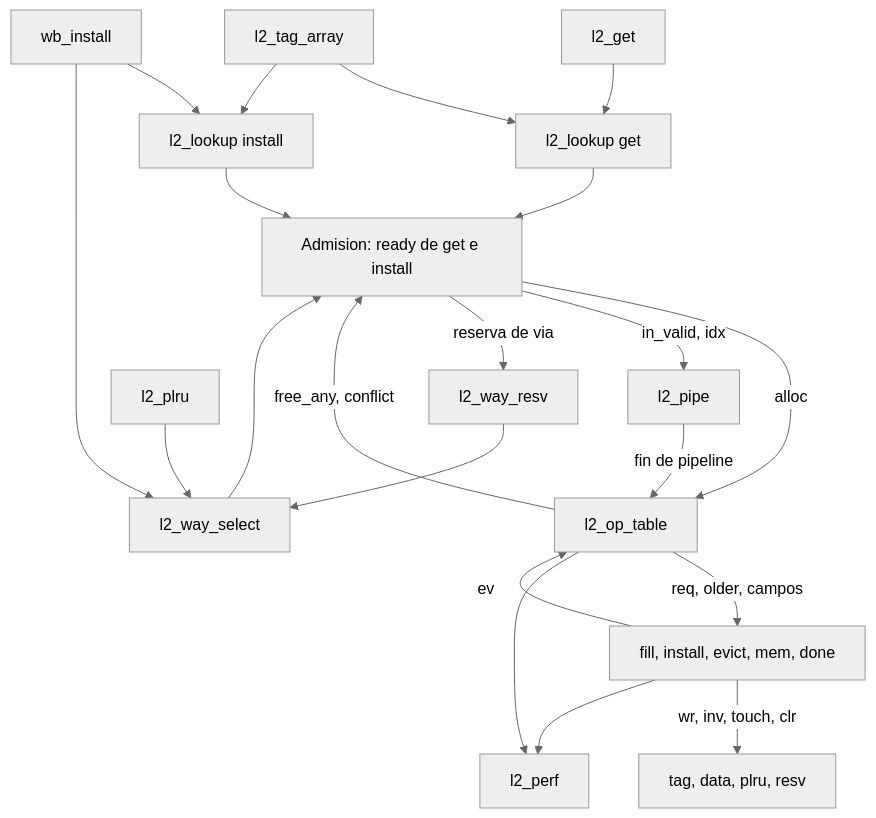
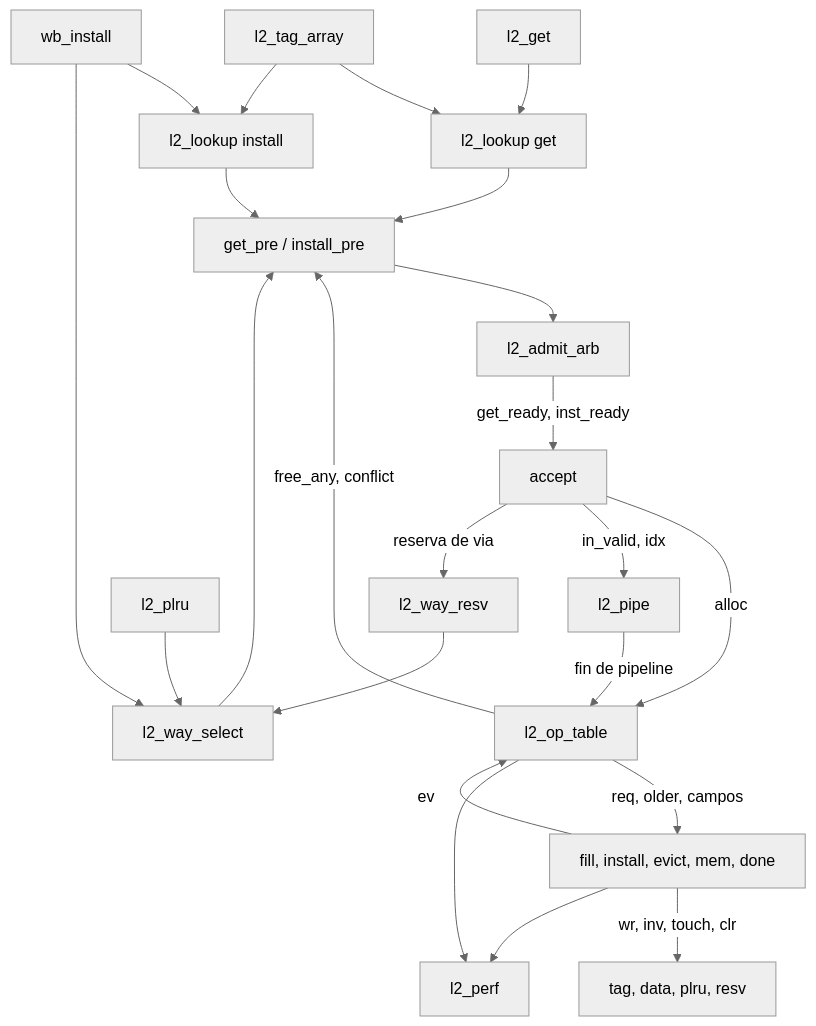
Before and after one commit to luisfeliTEC-0603/PORYGON: the first of 21 diagrams in docs/ii-proyecto/cache_l2.md, drawn with Mermaid (neutral theme). The commit also changed other lines of this file, not shown here.

````diff
--- a/docs/ii-proyecto/cache_l2.md
+++ b/docs/ii-proyecto/cache_l2.md
@@ -65,23 +68,25 @@
 ```mermaid
 flowchart TB
   GET[l2_get] --> LKG[l2_lookup get]
   INS[wb_install] --> LKI[l2_lookup install]
   INS --> WS[l2_way_select]
   TAGS[l2_tag_array] --> LKG
   TAGS --> LKI
   RESV[l2_way_resv] --> WS
   PLRU[l2_plru] --> WS
-  LKG --> ADM[Admision: ready de get e install]
-  LKI --> ADM
-  WS --> ADM
-  TAB[l2_op_table] -->|free_any, conflict| ADM
-  ADM -->|alloc| TAB
-  ADM -->|in_valid, idx| PIPE[l2_pipe]
-  ADM -->|reserva de via| RESV
+  LKG --> PRE[get_pre / install_pre]
+  LKI --> PRE
+  WS --> PRE
+  TAB[l2_op_table] -->|free_any, conflict| PRE
+  PRE --> ADM[l2_admit_arb]
+  ADM -->|get_ready, inst_ready| ACC[accept]
+  ACC -->|alloc| TAB
+  ACC -->|in_valid, idx| PIPE[l2_pipe]
+  ACC -->|reserva de via| RESV
   PIPE -->|fin de pipeline| TAB
   TAB -->|req, older, campos| UNITS[fill, install, evict, mem, done]
   UNITS -->|ev| TAB
   UNITS -->|wr, inv, touch, clr| ARR[tag, data, plru, resv]
   TAB --> PERF[l2_perf]
   UNITS --> PERF
 ```
````
